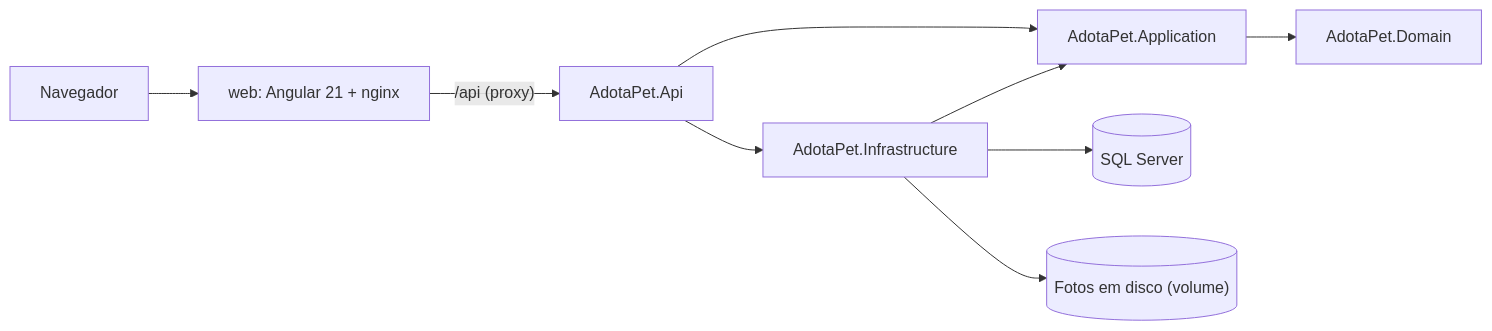
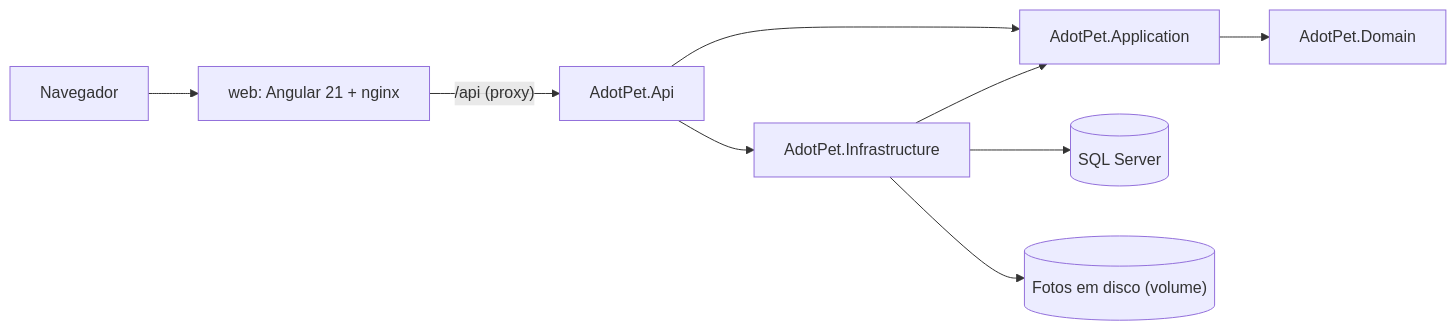
Before and after one commit to Gustavo-Piccoli/adotapet: the diagram in README.md, drawn with Mermaid. The commit also changed other lines of this file and 346 other files, not shown here.

First line of the commit message:
chore: rename project from AdotaPet to AdotPet

````diff
--- a/README.md
+++ b/README.md
@@ -83,11 +83,11 @@
 ```mermaid
 flowchart LR
     Browser["Navegador"] --> Web["web: Angular 21 + nginx"]
-    Web -->|"/api (proxy)"| Api["AdotaPet.Api"]
-    Api --> App["AdotaPet.Application"]
-    App --> Domain["AdotaPet.Domain"]
-    Infra["AdotaPet.Infrastructure"] --> App
+    Web -->|"/api (proxy)"| Api["AdotPet.Api"]
+    Api --> App["AdotPet.Application"]
+    App --> Domain["AdotPet.Domain"]
+    Infra["AdotPet.Infrastructure"] --> App
     Api --> Infra
     Infra --> Db[("SQL Server")]
     Infra --> Photos[("Fotos em disco (volume)")]
 ```
````
